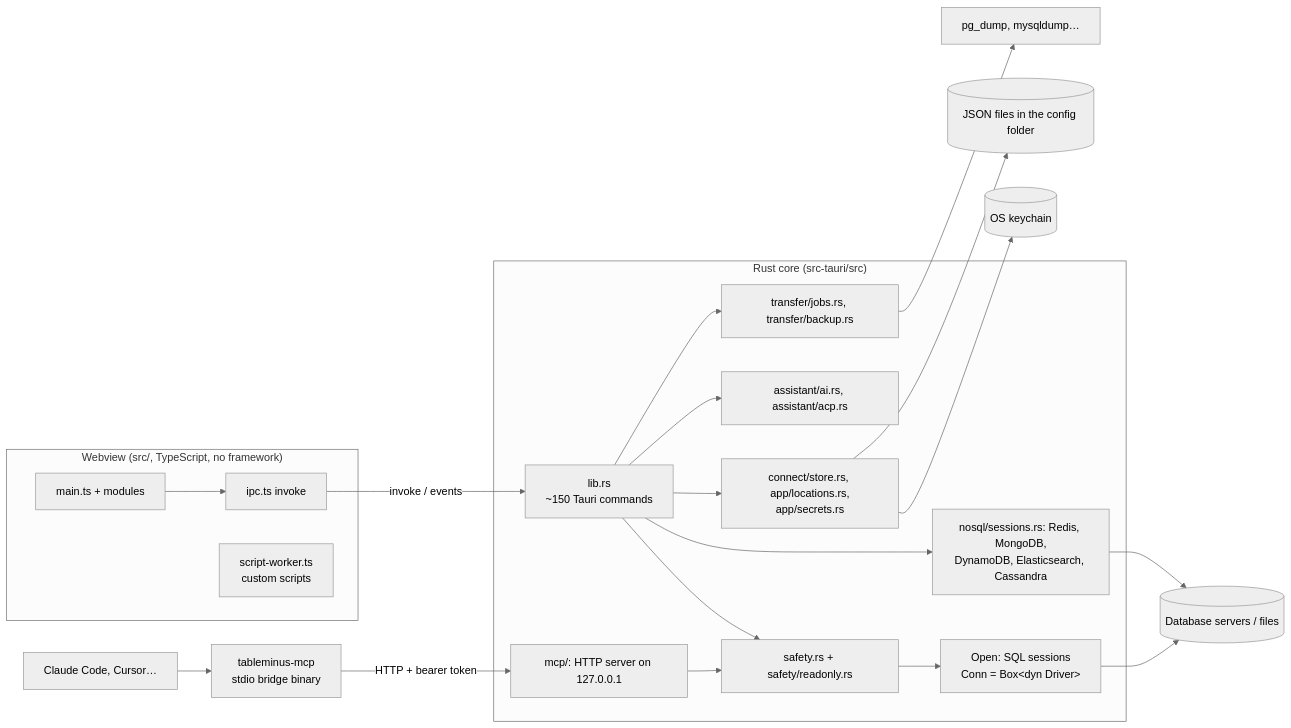
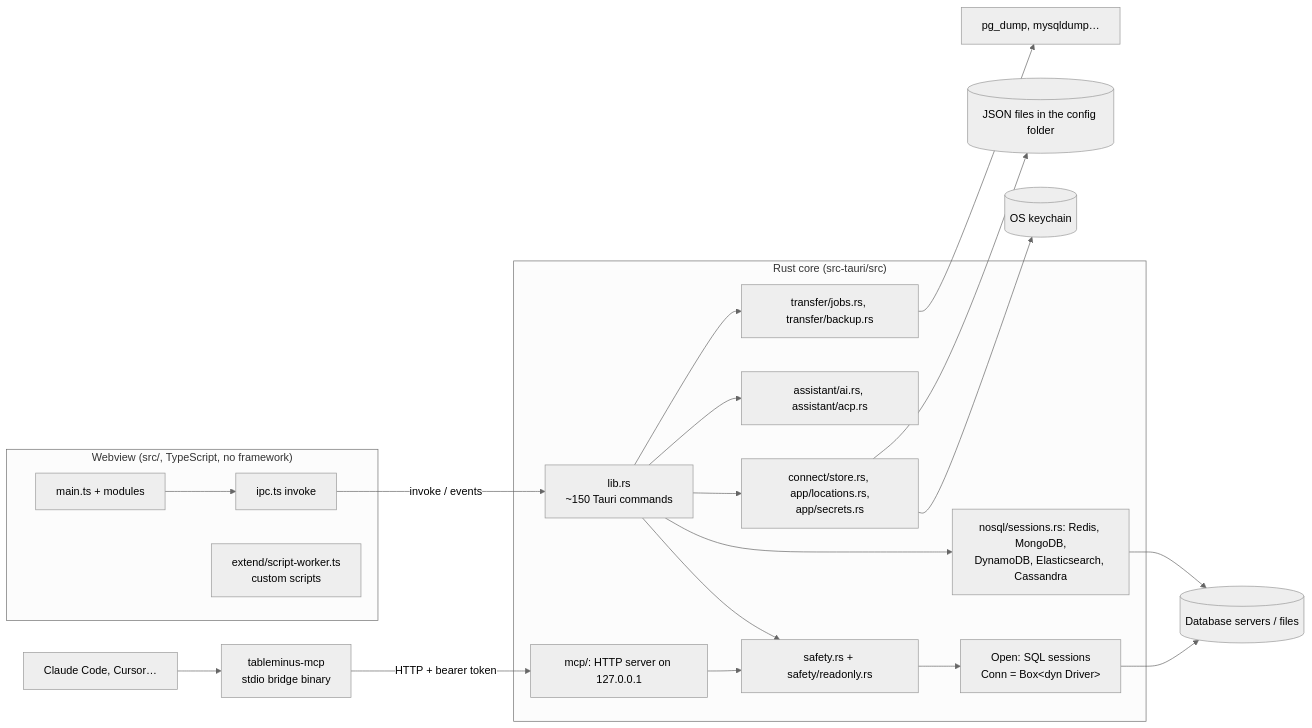
One commit to writeshh/TableMinus changed the first of 2 diagrams in docs/ARCHITECTURE.md. Above: the diagram before and after it, drawn with Mermaid (neutral theme). The commit also changed other lines of this file and 183 other files, not shown here.

````diff
--- a/docs/ARCHITECTURE.md
+++ b/docs/ARCHITECTURE.md
@@ -7,31 +7,31 @@
 ```mermaid
 flowchart LR
   subgraph Webview["Webview (src/, TypeScript, no framework)"]
     UI[main.ts + modules] --> IPC[ipc.ts invoke]
-    Worker[script-worker.ts<br/>custom scripts]
+    Worker[extend/script-worker.ts<br/>custom scripts]
   end
   subgraph Core["Rust core (src-tauri/src)"]
     CMD[lib.rs<br/>~150 Tauri commands]
     SAFE[safety.rs + safety/readonly.rs]
     OPEN[Open: SQL sessions<br/>Conn = Box&lt;dyn Driver&gt;]
     NOSQL[nosql/sessions.rs: Redis, MongoDB,<br/>DynamoDB, Elasticsearch, Cassandra]
     STORE[connect/store.rs, app/locations.rs,<br/>app/secrets.rs]
     MCP[mcp/: HTTP server on 127.0.0.1]
     AI[assistant/ai.rs, assistant/acp.rs]
     JOBS[transfer/jobs.rs, transfer/backup.rs]
   end
   IPC -->|invoke / events| CMD
   CMD --> SAFE --> OPEN
   CMD --> NOSQL
   CMD --> STORE
   CMD --> AI
   CMD --> JOBS
   MCP --> SAFE
   Bridge[tableminus-mcp<br/>stdio bridge binary] -->|HTTP + bearer token| MCP
   Agents[Claude Code, Cursor…] --> Bridge
   OPEN --> DB[(Database servers / files)]
   NOSQL --> DB
   STORE --> Keychain[(OS keychain)]
   STORE --> Files[(JSON files in the config folder)]
   JOBS --> Tools[pg_dump, mysqldump…]
 ```
````
